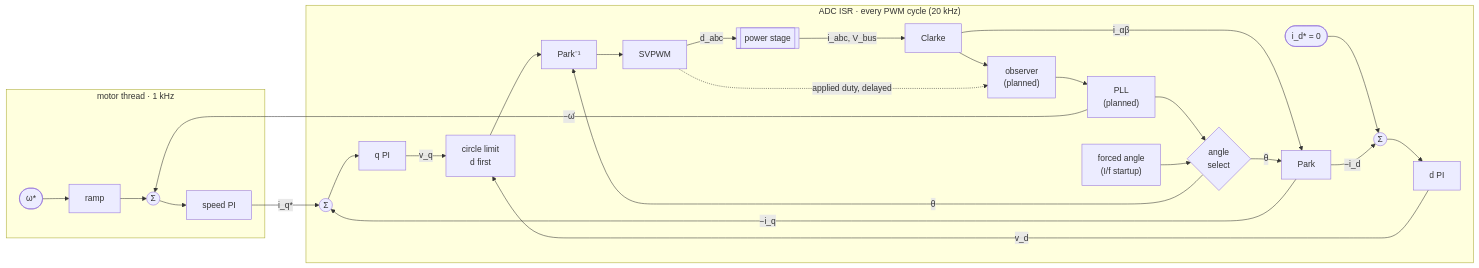
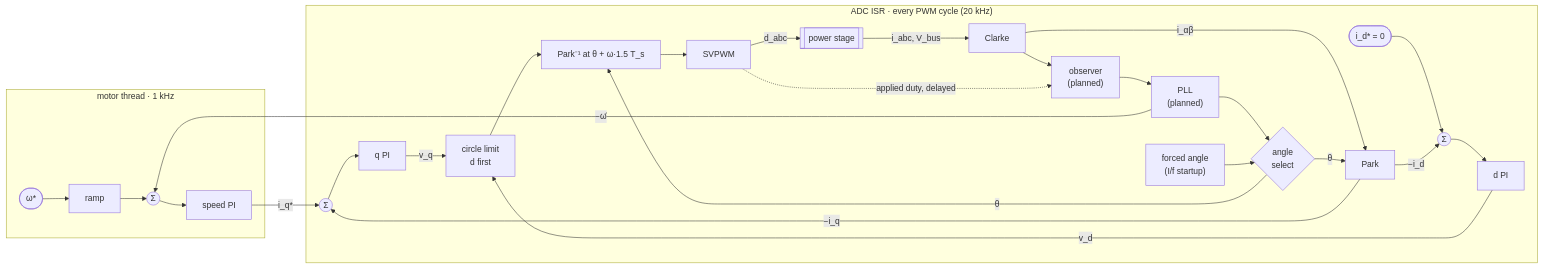
The first of 3 diagrams in README.md (tsrapnik/spin), drawn with Mermaid before and after one commit. The commit also changed other lines of this file and 4 other files, not shown here.

````diff
--- a/README.md
+++ b/README.md
@@ -24,23 +24,23 @@
 ```mermaid
 flowchart LR
   subgraph T["motor thread · 1 kHz"]
     W(["ω*"]) --> R[ramp] --> E1(("Σ")) --> SPI[speed PI]
   end
   subgraph I["ADC ISR · every PWM cycle (20 kHz)"]
     ID(["i_d* = 0"]) --> E2(("Σ")) --> DPI[d PI]
     E3(("Σ")) --> QPI[q PI]
     DPI -->|v_d| LIM[circle limit<br/>d first]
     QPI -->|v_q| LIM
-    LIM --> IP["Park⁻¹"] --> SV[SVPWM] -->|d_abc| PS[[power stage]]
+    LIM --> IP["Park⁻¹ at θ + ω·1.5 T_s"] --> SV[SVPWM] -->|d_abc| PS[[power stage]]
     PS -->|"i_abc, V_bus"| CL[Clarke] -->|i_αβ| P[Park]
     P -->|"−i_d"| E2
     P -->|"−i_q"| E3
     CL --> OBS["observer<br/>(planned)"] --> PLL["PLL<br/>(planned)"] --> SEL{angle<br/>select}
     SV -.->|applied duty, delayed| OBS
     FA["forced angle<br/>(I/f startup)"] --> SEL
     SEL -->|θ| P
     SEL -->|θ| IP
   end
   SPI -->|i_q*| E3
   PLL -->|"−ω̂"| E1
 ```
````
